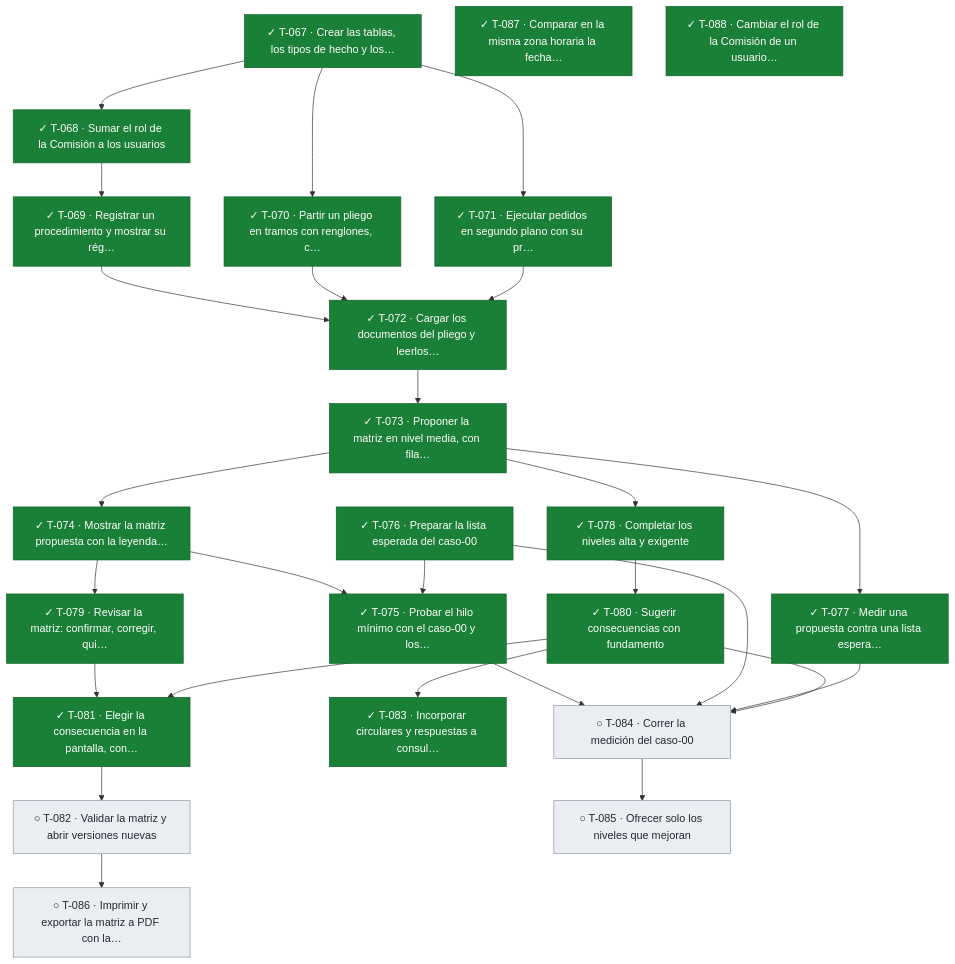
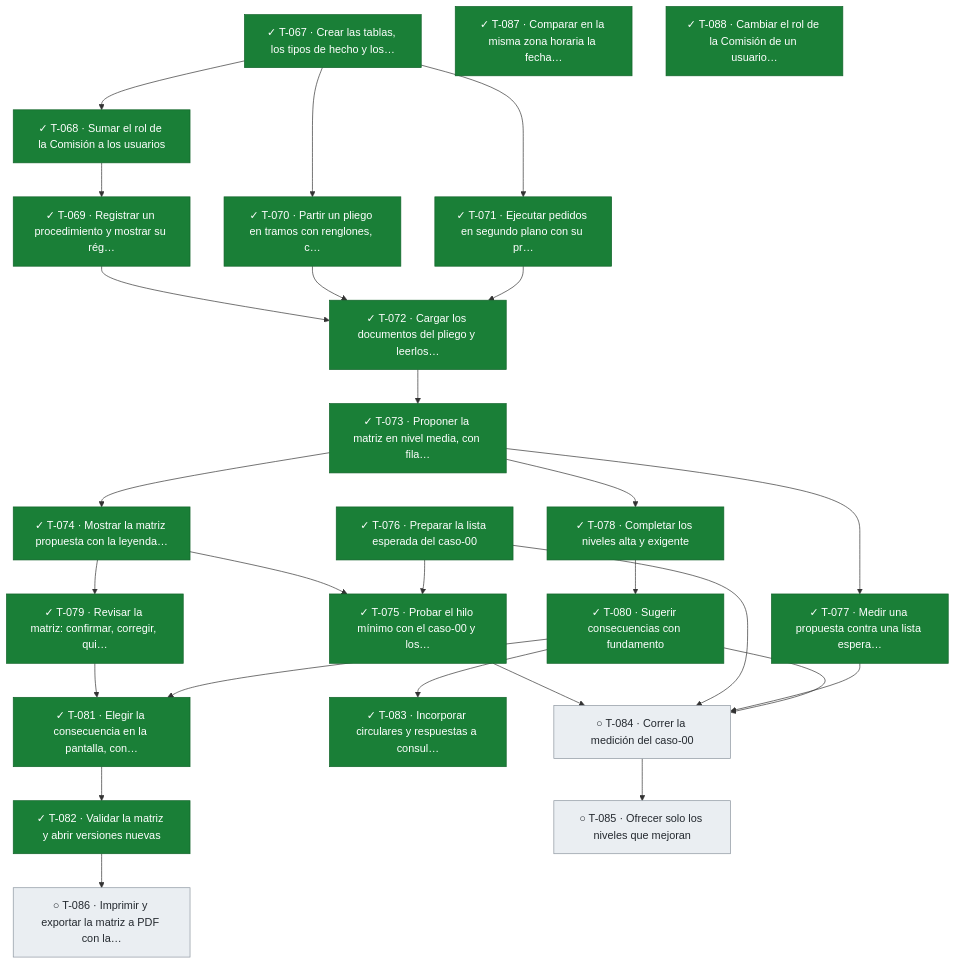
Before and after one commit to snavello/EVALUON: the fifth of 5 diagrams in docs/tablero.md, drawn with Mermaid. The commit also changed other lines of this file and 1 other file, not shown here.

````diff
--- a/docs/tablero.md
+++ b/docs/tablero.md
@@ -401,55 +401,55 @@
 ```mermaid
 flowchart TD
   T067["✓ T-067 · Crear las tablas, los tipos de hecho y los…"]:::done
   T068["✓ T-068 · Sumar el rol de la Comisión a los usuarios"]:::done
   T069["✓ T-069 · Registrar un procedimiento y mostrar su rég…"]:::done
   T070["✓ T-070 · Partir un pliego en tramos con renglones, c…"]:::done
   T071["✓ T-071 · Ejecutar pedidos en segundo plano con su pr…"]:::done
   T072["✓ T-072 · Cargar los documentos del pliego y leerlos…"]:::done
   T073["✓ T-073 · Proponer la matriz en nivel media, con fila…"]:::done
   T074["✓ T-074 · Mostrar la matriz propuesta con la leyenda…"]:::done
   T075["✓ T-075 · Probar el hilo mínimo con el caso-00 y los…"]:::done
   T076["✓ T-076 · Preparar la lista esperada del caso-00"]:::done
   T077["✓ T-077 · Medir una propuesta contra una lista espera…"]:::done
   T078["✓ T-078 · Completar los niveles alta y exigente"]:::done
   T079["✓ T-079 · Revisar la matriz: confirmar, corregir, qui…"]:::done
   T080["✓ T-080 · Sugerir consecuencias con fundamento"]:::done
   T081["✓ T-081 · Elegir la consecuencia en la pantalla, con…"]:::done
-  T082["○ T-082 · Validar la matriz y abrir versiones nuevas"]:::todo
+  T082["✓ T-082 · Validar la matriz y abrir versiones nuevas"]:::done
   T083["✓ T-083 · Incorporar circulares y respuestas a consul…"]:::done
   T084["○ T-084 · Correr la medición del caso-00"]:::todo
   T085["○ T-085 · Ofrecer solo los niveles que mejoran"]:::todo
   T086["○ T-086 · Imprimir y exportar la matriz a PDF con la…"]:::todo
   T087["✓ T-087 · Comparar en la misma zona horaria la fecha…"]:::done
   T088["✓ T-088 · Cambiar el rol de la Comisión de un usuario…"]:::done
   T067 --> T068
   T068 --> T069
   T067 --> T070
   T067 --> T071
   T069 --> T072
   T070 --> T072
   T071 --> T072
   T072 --> T073
   T073 --> T074
   T074 --> T075
   T076 --> T075
   T073 --> T077
   T073 --> T078
   T074 --> T079
   T078 --> T080
   T079 --> T081
   T080 --> T081
   T081 --> T082
   T080 --> T083
   T075 --> T084
   T076 --> T084
   T077 --> T084
   T080 --> T084
   T084 --> T085
   T082 --> T086
   classDef done fill:#1a7f37,stroke:#116329,color:#ffffff
   classDef review fill:#0969da,stroke:#0550ae,color:#ffffff
   classDef active fill:#bf8700,stroke:#7d4e00,color:#ffffff
   classDef blocked fill:#cf222e,stroke:#a40e26,color:#ffffff
   classDef todo fill:#eaeef2,stroke:#8c959f,color:#24292f
 ```
````
